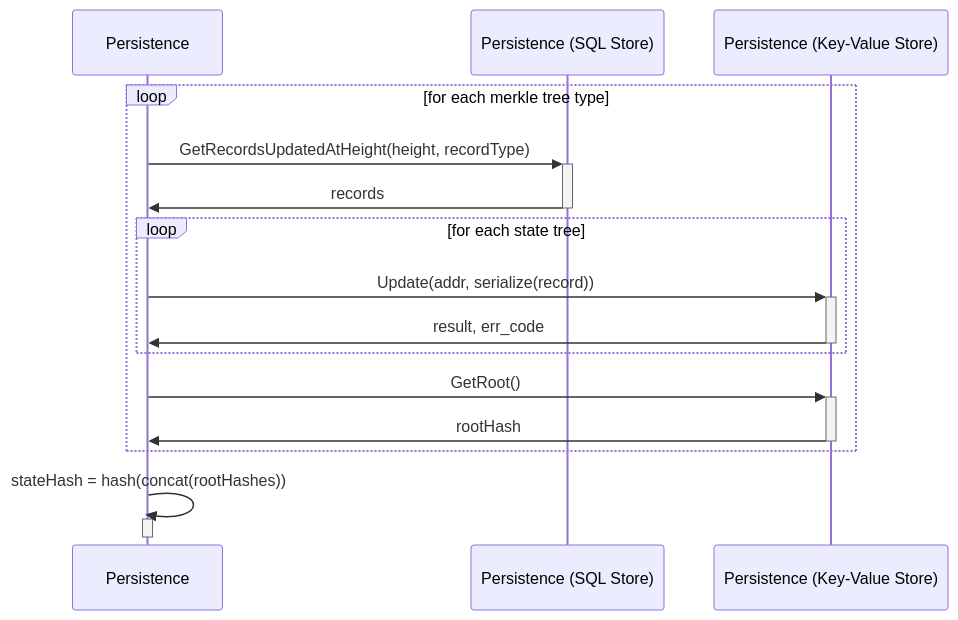
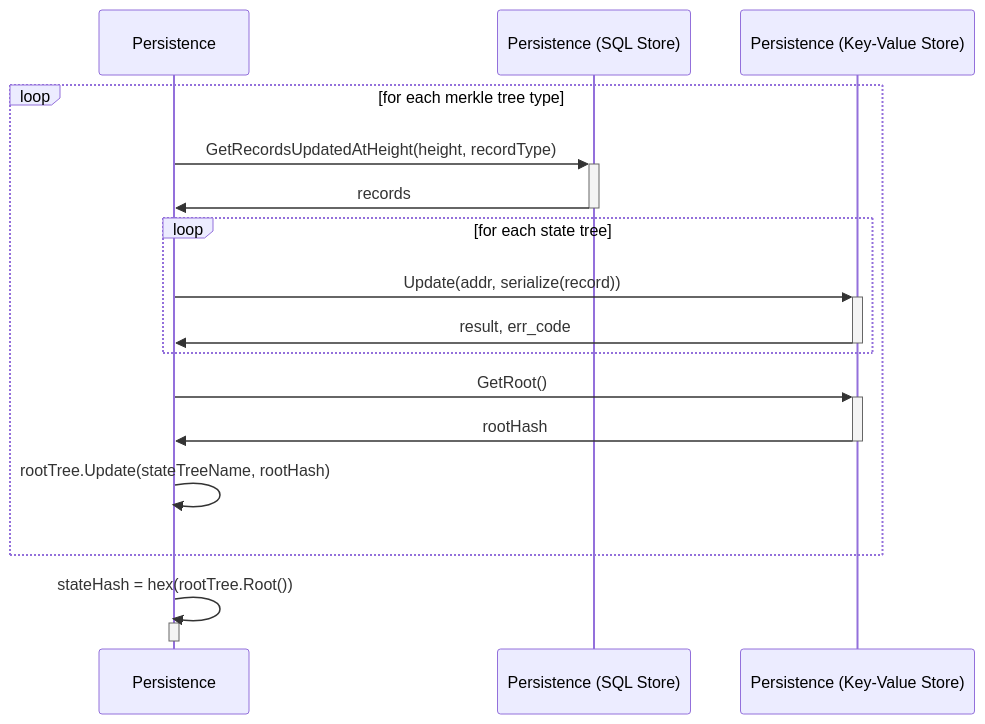
Before and after one commit to pokt-network/pocket: the first of 2 diagrams in persistence/docs/PROTOCOL_STATE_HASH.md, drawn with Mermaid. The commit also changed other lines of this file, not shown here.

````diff
--- a/persistence/docs/PROTOCOL_STATE_HASH.md
+++ b/persistence/docs/PROTOCOL_STATE_HASH.md
@@ -77,21 +75,23 @@
 ```mermaid
 sequenceDiagram
     participant P as Persistence
     participant PSQL as Persistence (SQL Store)
     participant PKV as Persistence (Key-Value Store)
 
     loop for each merkle tree type
         P->>+PSQL: GetRecordsUpdatedAtHeight(height, recordType)
         PSQL->>-P: records
         loop for each state tree
             P->>+PKV: Update(addr, serialize(record))
             PKV->>-P: result, err_code
         end
         P->>+PKV: GetRoot()
         PKV->>-P: rootHash
+        P->>P: rootTree.Update(stateTreeName, rootHash)
     end
 
-    P->>P: stateHash = hash(concat(rootHashes))
+    P->>P: stateHash = hex(rootTree.Root())
+
     activate P
     deactivate P
 ```
````
